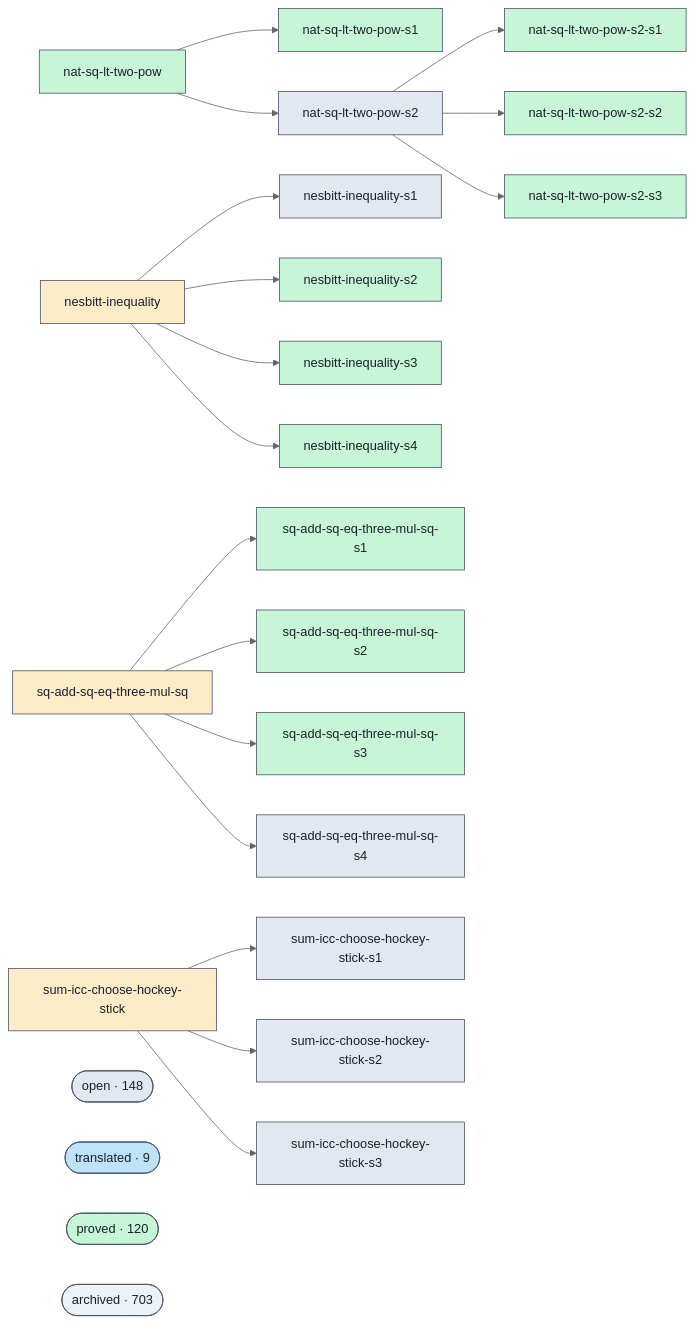
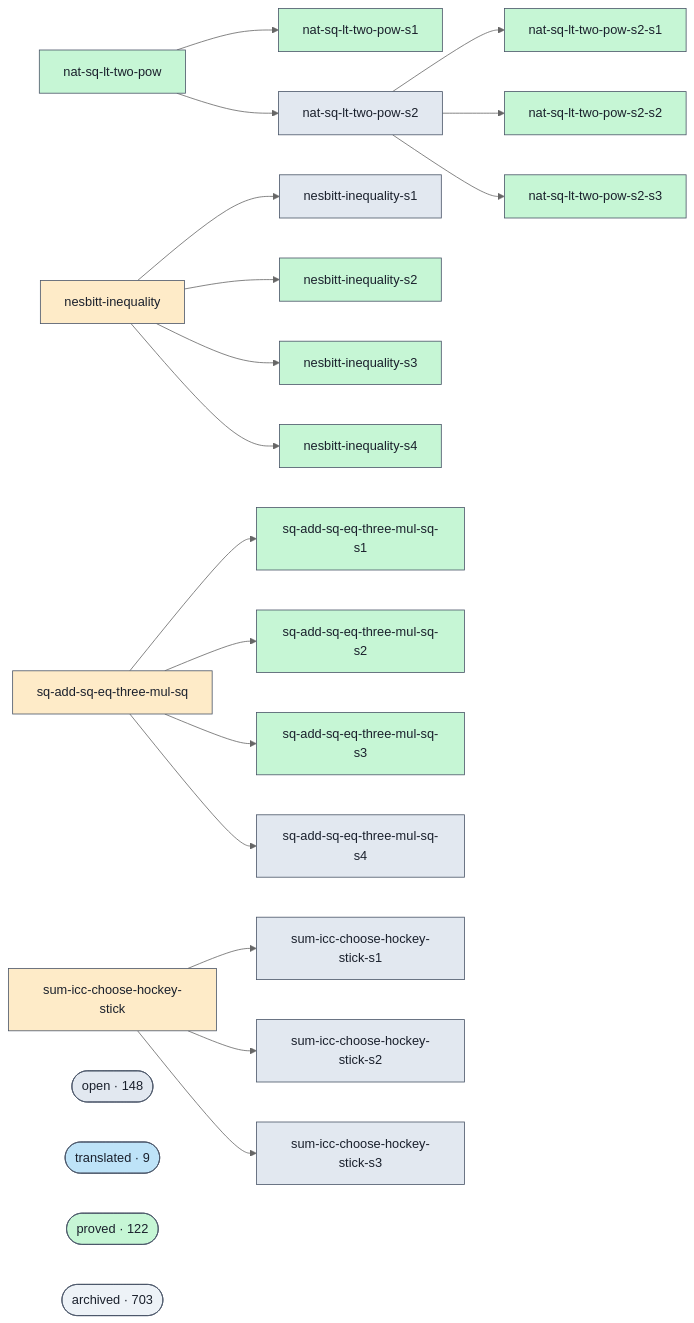
The diagram in docs/proofs-contributors-visualisation.md (ohdearquant/unsorry), drawn with Mermaid (neutral theme) before and after one commit. The commit also changed other lines of this file and 2 other files, not shown here.

```diff
--- a/docs/proofs-contributors-visualisation.md
+++ b/docs/proofs-contributors-visualisation.md
@@ -102,7 +102,7 @@
   class cluster_open open;
   cluster_translated(["translated · 9"])
   class cluster_translated translated;
-  cluster_proved(["proved · 120"])
+  cluster_proved(["proved · 122"])
   class cluster_proved proved;
   cluster_archived(["archived · 703"])
   class cluster_archived unknown;
```
